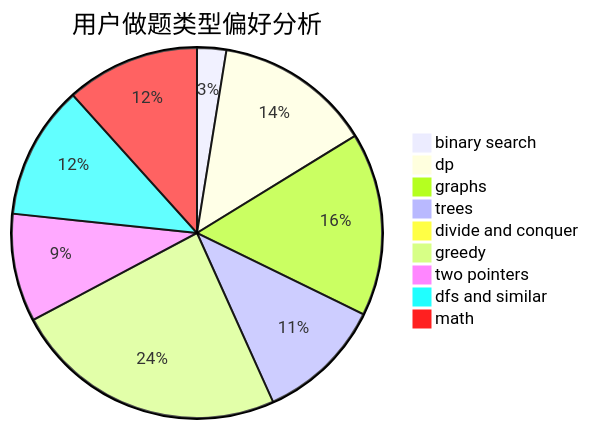
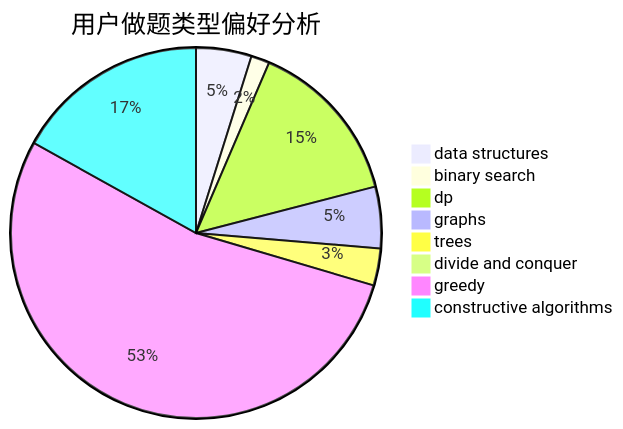
One commit to sherpahu/cfrs.github.io changed the second of 3 diagrams in docs/user/u277.md. Above: the diagram before and after it, drawn with Mermaid. The commit also changed other lines of this file and 2775 other files, not shown here.

````diff
--- a/docs/user/u277.md
+++ b/docs/user/u277.md
@@ -23,12 +23,11 @@
 ```mermaid
 pie title 用户做题类型偏好分析
-    "binary search" :  24
-    "dp" :  129
-    "graphs" :  151
-    "trees" :  104
+    "data structures" :  18
+    "binary search" :  6
+    "dp" :  54
+    "graphs" :  20
+    "trees" :  12
     "divide and conquer" :  0
-    "greedy" :  226
-    "two pointers" :  89
-    "dfs and similar" :  110
-    "math" :  110
+    "greedy" :  199
+    "constructive algorithms" :  63
 ```
````
